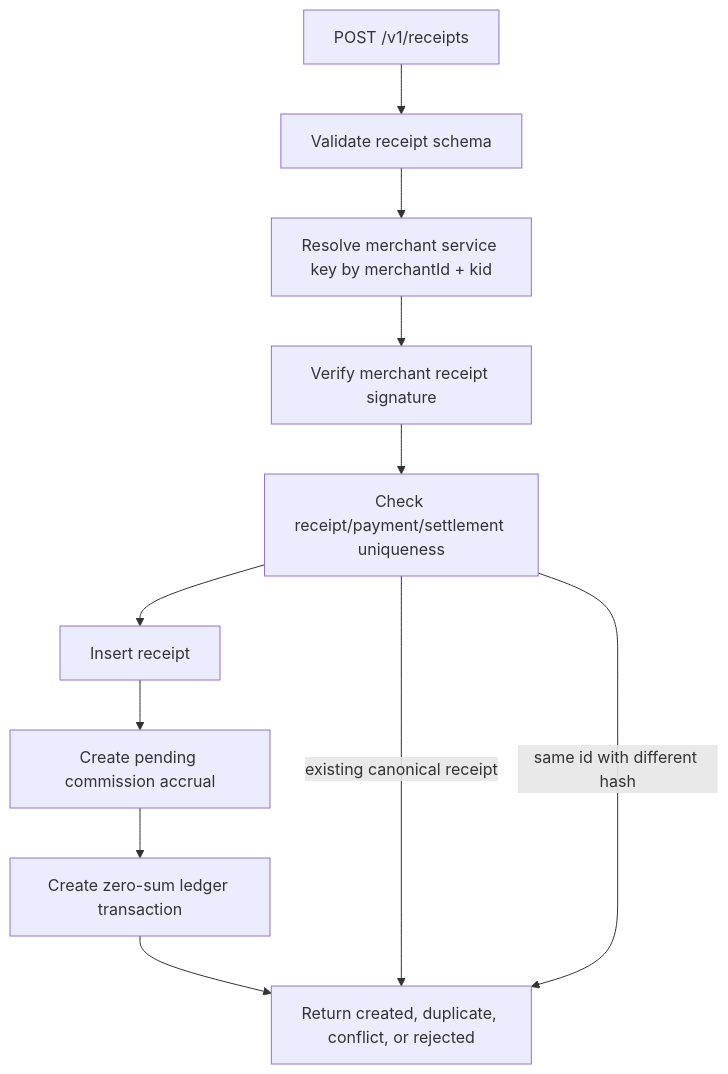
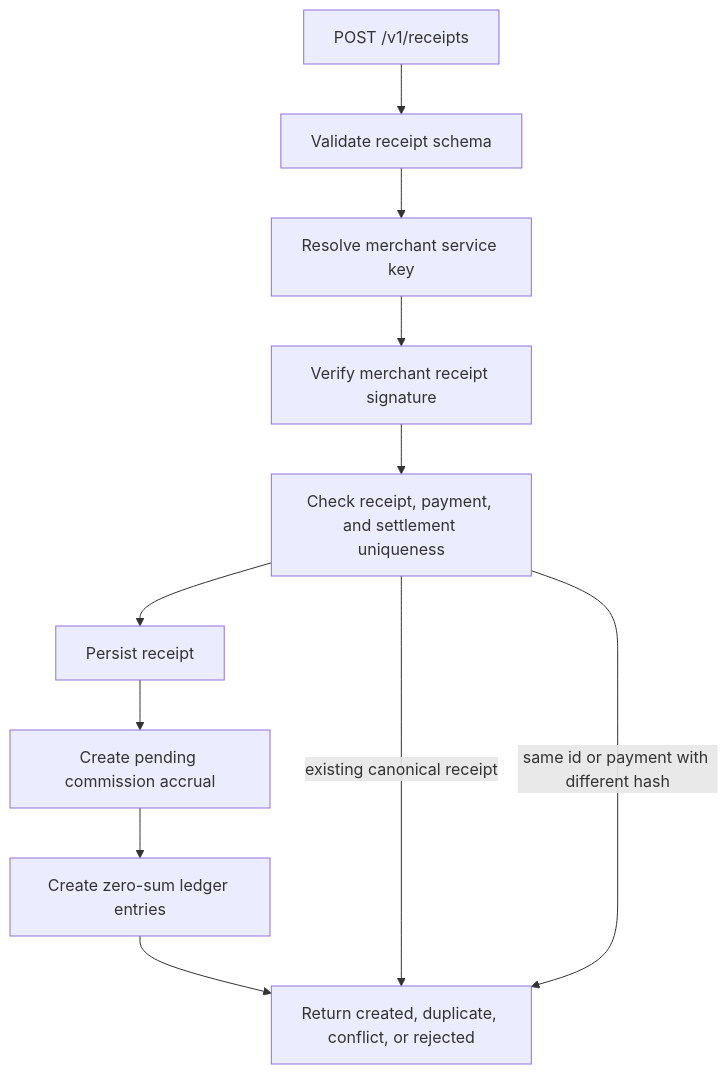
The fifth of 5 diagrams in README.md (split402protocol/splitx402), drawn with Mermaid before and after one commit. The commit also changed other lines of this file and 10 other files, not shown here.

````diff
--- a/README.md
+++ b/README.md
@@ -132,23 +169,23 @@
 ```mermaid
 flowchart TD
   Submit["POST /v1/receipts"]
   Schema["Validate receipt schema"]
-  Key["Resolve merchant service key by merchantId + kid"]
+  Key["Resolve merchant service key"]
   Signature["Verify merchant receipt signature"]
-  Idempotency["Check receipt/payment/settlement uniqueness"]
-  Receipt["Insert receipt"]
+  Idempotency["Check receipt, payment, and settlement uniqueness"]
+  Receipt["Persist receipt"]
   Accrual["Create pending commission accrual"]
-  Ledger["Create zero-sum ledger transaction"]
+  Ledger["Create zero-sum ledger entries"]
   Response["Return created, duplicate, conflict, or rejected"]
 
   Submit --> Schema
   Schema --> Key
   Key --> Signature
   Signature --> Idempotency
   Idempotency --> Receipt
   Receipt --> Accrual
   Accrual --> Ledger
   Ledger --> Response
   Idempotency -->|"existing canonical receipt"| Response
-  Idempotency -->|"same id with different hash"| Response
+  Idempotency -->|"same id or payment with different hash"| Response
 ```
````
